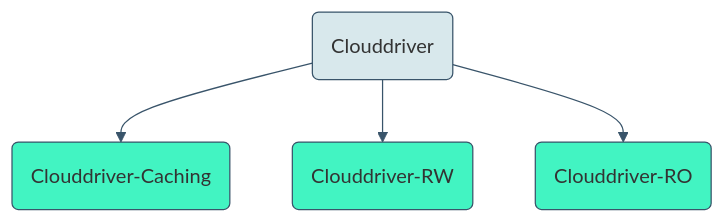
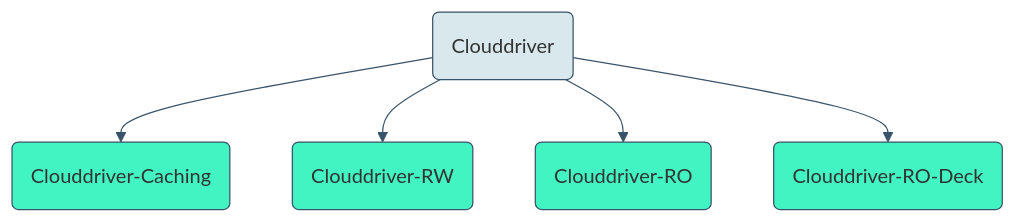
One commit to spinnaker/spinnaker.github.io changed the first of 3 diagrams in reference/halyard/high-availability.md. Above: the diagram before and after it, drawn with Mermaid. The commit also changed other lines of this file, not shown here.

Commit message:
docs(ha): Add section on clouddriver-ro-deck.

```diff
--- a/reference/halyard/high-availability.md
+++ b/reference/halyard/high-availability.md
@@ -20,13 +20,14 @@
  <div class="mermaid">
  graph TB
 
  clouddriver(Clouddriver) --> clouddriver-caching(Clouddriver-Caching);
  clouddriver --> clouddriver-rw(Clouddriver-RW);
  clouddriver --> clouddriver-ro(Clouddriver-RO);
+ clouddriver --> clouddriver-ro-deck(Clouddriver-RO-Deck)
 
  classDef default fill:#d8e8ec,stroke:#39546a;
  linkStyle default stroke:#39546a,stroke-width:1px,fill:none;
 
  classDef split fill:#42f4c2,stroke:#39546a;
- class clouddriver-caching,clouddriver-ro,clouddriver-rw,echo-scheduler,echo-worker split
+ class clouddriver-caching,clouddriver-ro,clouddriver-ro-deck,clouddriver-rw,echo-scheduler,echo-worker split
  </div>
```
